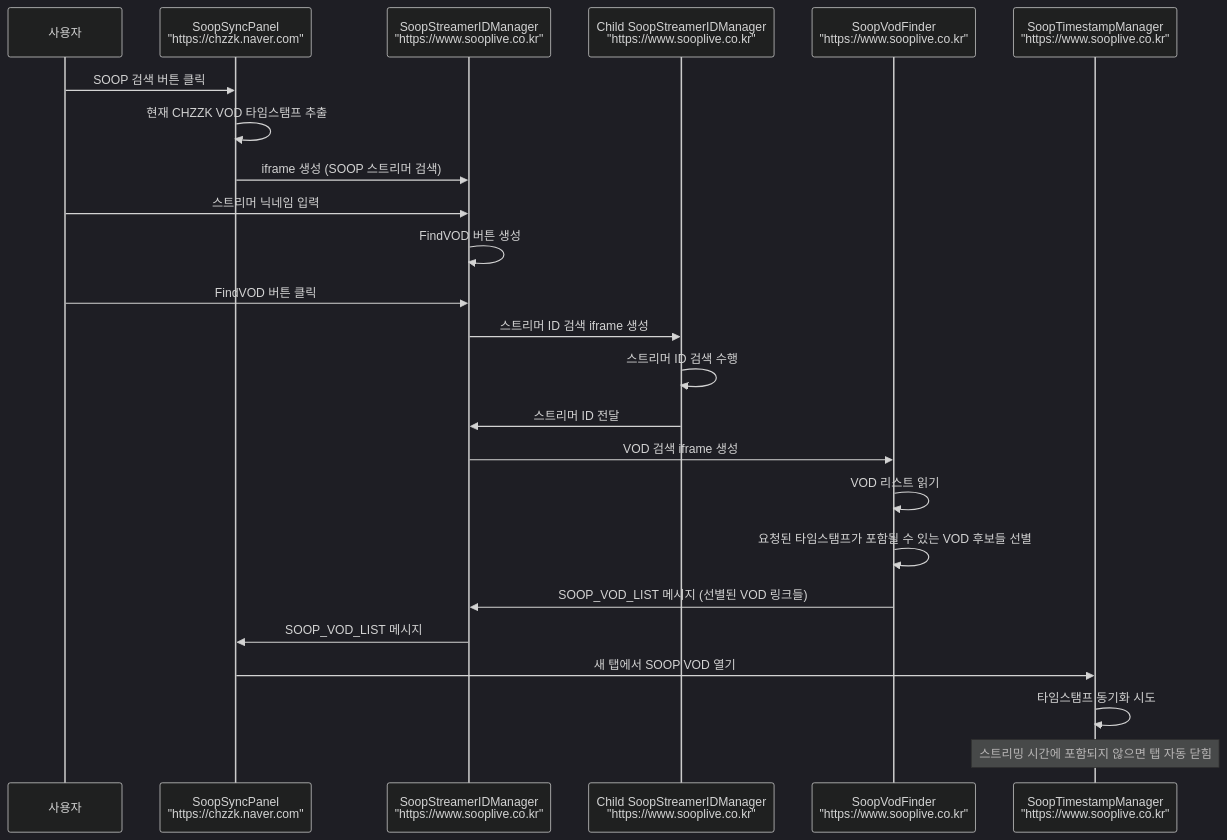
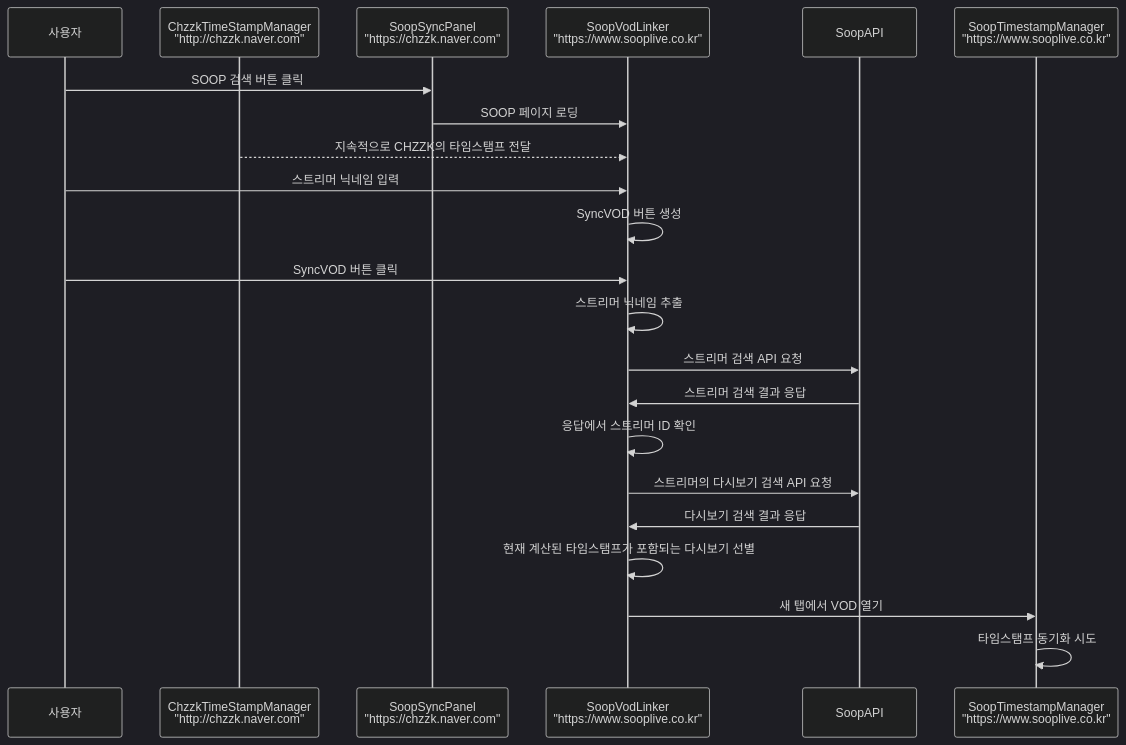
Before and after one commit to AINukeHere/VOD-Synchronizer: the third of 3 diagrams in doc/communication_flow.md, drawn with Mermaid (dark theme). The commit also changed other lines of this file, not shown here.

Commit message:
Refactor communication flow in documentation: Replace FindVOD button with SyncVOD, streamline API interactions for streamer ID and VOD retrieval, and enhance clarity in sequence diagrams for both SOOP and CHZZK synchronization processes.

````diff
--- a/doc/communication_flow.md
+++ b/doc/communication_flow.md
@@ -73,31 +68,26 @@
 ```mermaid
 sequenceDiagram
     participant User as 사용자
+    participant ChzzkTSM as ChzzkTimeStampManager<br/>"http://chzzk.naver.com"
     participant SoopPanel as SoopSyncPanel<br/>"https://chzzk.naver.com"
-    participant StreamerManager as SoopStreamerIDManager<br/>"https://www.sooplive.co.kr"
-    participant ChildStreamerManager as Child SoopStreamerIDManager<br/>"https://www.sooplive.co.kr"
-    participant VodFinder as SoopVodFinder<br/>"https://www.sooplive.co.kr"
-    participant TimestampManager as SoopTimestampManager<br/>"https://www.sooplive.co.kr"
+    participant VodLinker as SoopVodLinker<br/>"https://www.sooplive.co.kr"
+    participant SoopAPI
+    participant SoopTSM as SoopTimestampManager<br/>"https://www.sooplive.co.kr"
 
     User->>SoopPanel: SOOP 검색 버튼 클릭
-    SoopPanel->>SoopPanel: 현재 CHZZK VOD 타임스탬프 추출
-    SoopPanel->>StreamerManager: iframe 생성 (SOOP 스트리머 검색)
+    SoopPanel->>VodLinker: SOOP 페이지 로딩
+    ChzzkTSM-->>VodLinker: 지속적으로 CHZZK의 타임스탬프 전달    
+    User->>VodLinker: 스트리머 닉네임 입력
+    VodLinker->>VodLinker: SyncVOD 버튼 생성
+    User->>VodLinker: SyncVOD 버튼 클릭
+    VodLinker->>VodLinker: 스트리머 닉네임 추출
+    VodLinker->>SoopAPI: 스트리머 검색 API 요청
+    SoopAPI->>VodLinker: 스트리머 검색 결과 응답
+    VodLinker->>VodLinker: 응답에서 스트리머 ID 확인
+    VodLinker->>SoopAPI: 스트리머의 다시보기 검색 API 요청
+    SoopAPI->>VodLinker: 다시보기 검색 결과 응답
+    VodLinker->>VodLinker: 현재 계산된 타임스탬프가 포함되는 다시보기 선별
     
-    User->>StreamerManager: 스트리머 닉네임 입력
-    StreamerManager->>StreamerManager: FindVOD 버튼 생성
-    User->>StreamerManager: FindVOD 버튼 클릭
-    StreamerManager->>ChildStreamerManager: 스트리머 ID 검색 iframe 생성
-    
-    ChildStreamerManager->>ChildStreamerManager: 스트리머 ID 검색 수행
-    ChildStreamerManager->>StreamerManager: 스트리머 ID 전달
-    StreamerManager->>VodFinder: VOD 검색 iframe 생성
-    
-    VodFinder->>VodFinder: VOD 리스트 읽기
-    VodFinder->>VodFinder: 요청된 타임스탬프가 포함될 수 있는 VOD 후보들 선별
-    VodFinder->>StreamerManager: SOOP_VOD_LIST 메시지 (선별된 VOD 링크들)
-    StreamerManager->>SoopPanel: SOOP_VOD_LIST 메시지
-    
-    SoopPanel->>TimestampManager: 새 탭에서 SOOP VOD 열기
-    TimestampManager->>TimestampManager: 타임스탬프 동기화 시도
-    Note over TimestampManager: 스트리밍 시간에 포함되지 않으면 탭 자동 닫힘
+    VodLinker->>SoopTSM: 새 탭에서 VOD 열기
+    SoopTSM->>SoopTSM: 타임스탬프 동기화 시도
 ```
````
